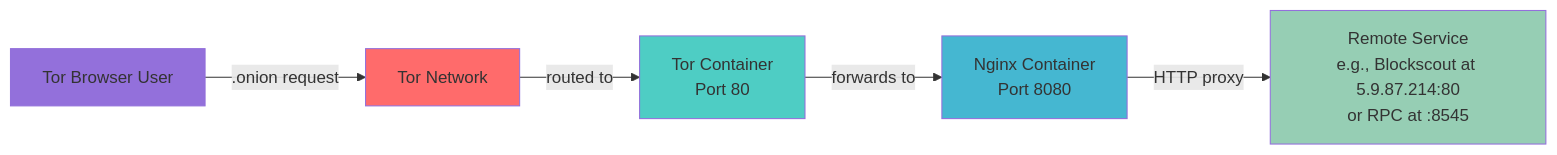
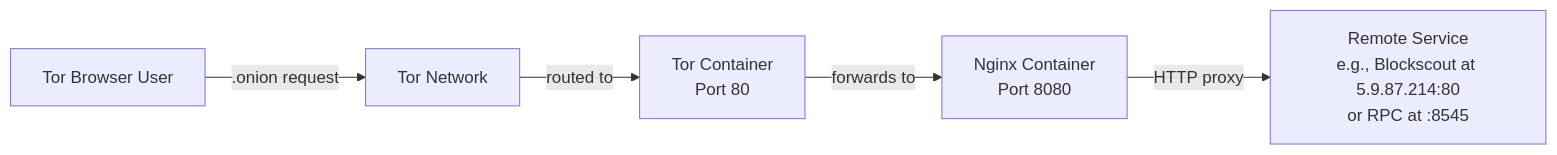
The diagram in README.md (igor53627/blockscout-onion), drawn with Mermaid before and after one commit. The commit also changed other lines of this file, not shown here.

First line of the commit message:
Improve README: flowchart readability, OnionSpray context, and vanity generation tips

````diff
--- a/README.md
+++ b/README.md
@@ -7,13 +7,7 @@
 ```mermaid
 flowchart LR
     A[Tor Browser User] -->|.onion request| B[Tor Network]
     B -->|routed to| C[Tor Container<br/>Port 80]
     C -->|forwards to| D[Nginx Container<br/>Port 8080]
     D -->|HTTP proxy| E[Remote Service<br/>e.g., Blockscout at 5.9.87.214:80<br/>or RPC at :8545]
-
-    style A fill:#9370DB
-    style B fill:#FF6B6B
-    style C fill:#4ECDC4
-    style D fill:#45B7D1
-    style E fill:#96CEB4
 ```
````
